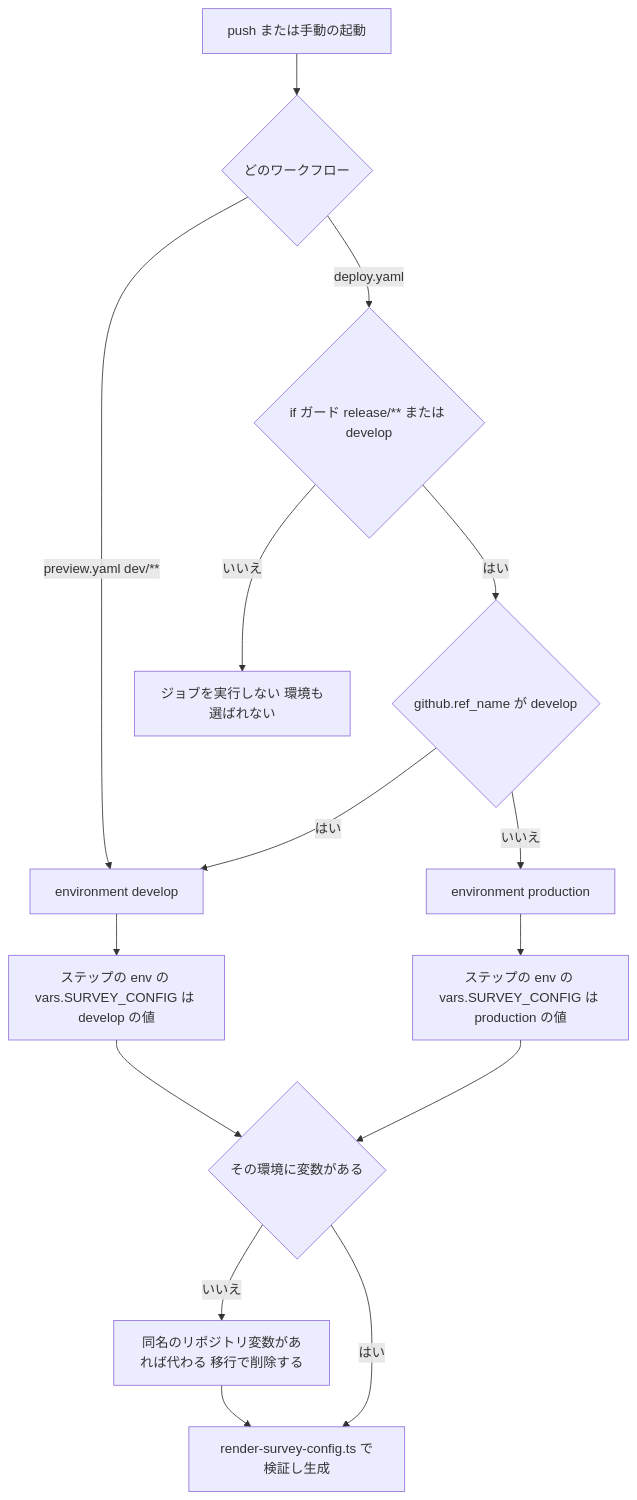
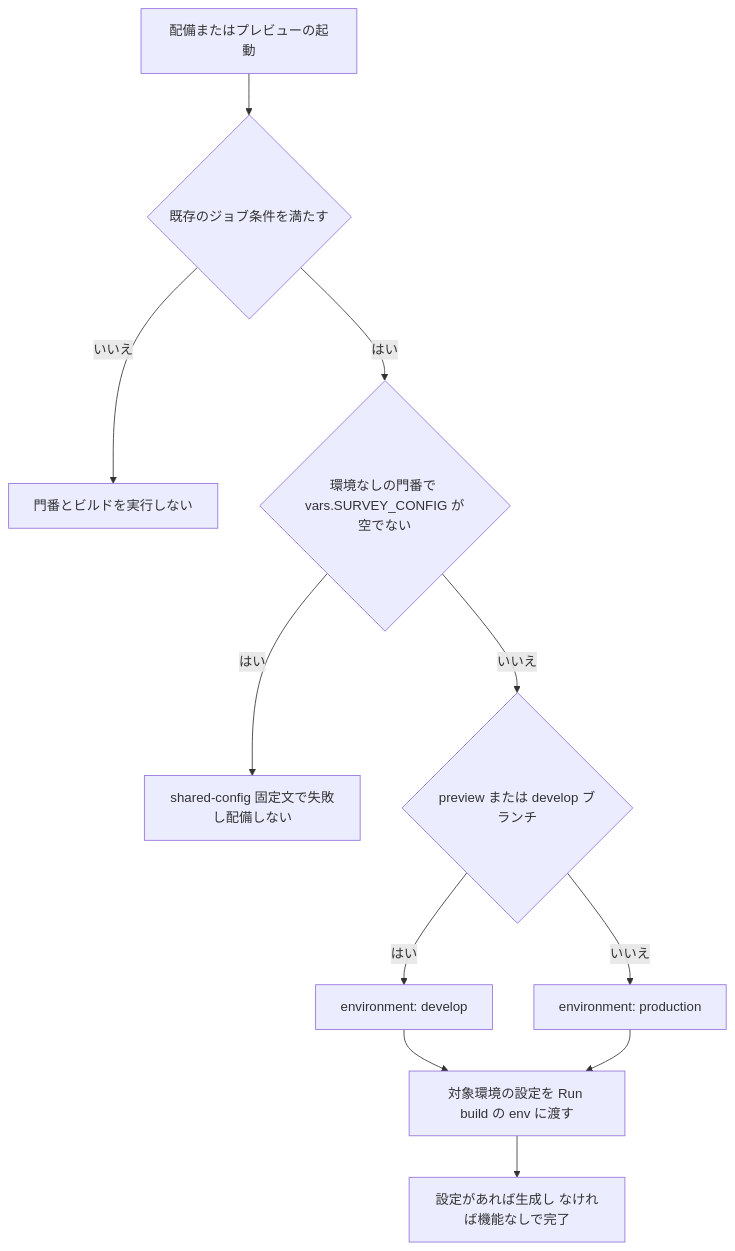
Before and after one commit to nekono-dev/skyshare: the second of 4 diagrams in .kiro/specs/survey-env-config/design.md, drawn with Mermaid. The commit also changed other lines of this file and 2 other files, not shown here.

First line of the commit message:
survey-env-config: 利用者の決定と設計検証の指摘を反映

````diff
--- a/.kiro/specs/survey-env-config/design.md
+++ b/.kiro/specs/survey-env-config/design.md
@@ -146,17 +154,13 @@
 ```mermaid
 flowchart TD
-  Push[push または手動の起動] --> Which{どのワークフロー}
-  Which -- preview.yaml dev/** --> Dev[environment develop]
-  Which -- deploy.yaml --> Guard{if ガード release/** または develop}
-  Guard -- いいえ --> Skip[ジョブを実行しない 環境も選ばれない]
-  Guard -- はい --> Name{github.ref_name が develop}
-  Name -- はい --> Dev
-  Name -- いいえ --> Prod[environment production]
-  Dev --> Var1[ステップの env の vars.SURVEY_CONFIG は develop の値]
-  Prod --> Var2[ステップの env の vars.SURVEY_CONFIG は production の値]
-  Var1 --> Missing{その環境に変数がある}
-  Var2 --> Missing
-  Missing -- いいえ --> Fallback[同名のリポジトリ変数があれば代わる 移行で削除する]
-  Missing -- はい --> Build[render-survey-config.ts で検証し生成]
-  Fallback --> Build
+  Start["配備またはプレビューの起動"] --> Eligible{"既存のジョブ条件を満たす"}
+  Eligible -- "いいえ" --> Skip["門番とビルドを実行しない"]
+  Eligible -- "はい" --> Shared{"環境なしの門番で vars.SURVEY_CONFIG が空でない"}
+  Shared -- "はい" --> Stop["shared-config 固定文で失敗し配備しない"]
+  Shared -- "いいえ" --> Name{"preview または develop ブランチ"}
+  Name -- "はい" --> Dev["environment: develop"]
+  Name -- "いいえ" --> Prod["environment: production"]
+  Dev --> Value["対象環境の設定を Run build の env に渡す"]
+  Prod --> Value
+  Value --> Build["設定があれば生成し なければ機能なしで完了"]
 ```
````
